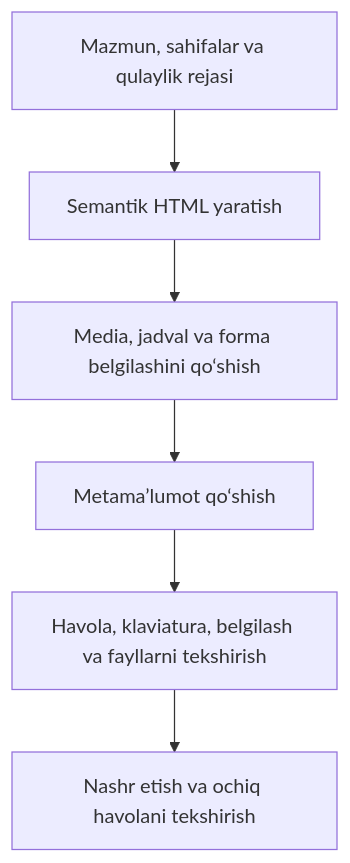
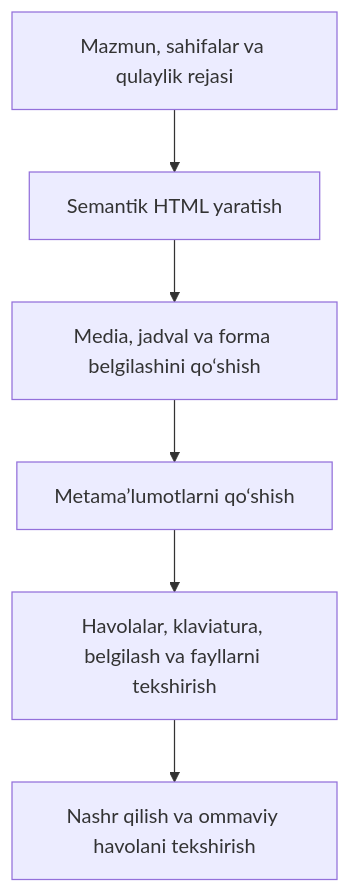
Before and after one commit to JLearn-space/JLearn-docs: the first of 2 diagrams in HTML/Lesson-10/uz/Yakuniy loyiha rejalashtirishdan nashr etishgacha.md, drawn with Mermaid. The commit also changed other lines of this file and 148 other files, not shown here.

````diff
--- a/HTML/Lesson-10/uz/Yakuniy loyiha rejalashtirishdan nashr etishgacha.md
+++ b/HTML/Lesson-10/uz/Yakuniy loyiha rejalashtirishdan nashr etishgacha.md
@@ -82,8 +107,8 @@
 ```mermaid
 flowchart TD
  A["Mazmun, sahifalar va qulaylik rejasi"] --> B["Semantik HTML yaratish"]
  B --> C["Media, jadval va forma belgilashini qo‘shish"]
- C --> D["Metama’lumot qo‘shish"]
- D --> E["Havola, klaviatura, belgilash va fayllarni tekshirish"]
- E --> F["Nashr etish va ochiq havolani tekshirish"]
+ C --> D["Metama’lumotlarni qo‘shish"]
+ D --> E["Havolalar, klaviatura, belgilash va fayllarni tekshirish"]
+ E --> F["Nashr qilish va ommaviy havolani tekshirish"]
 ```
````
